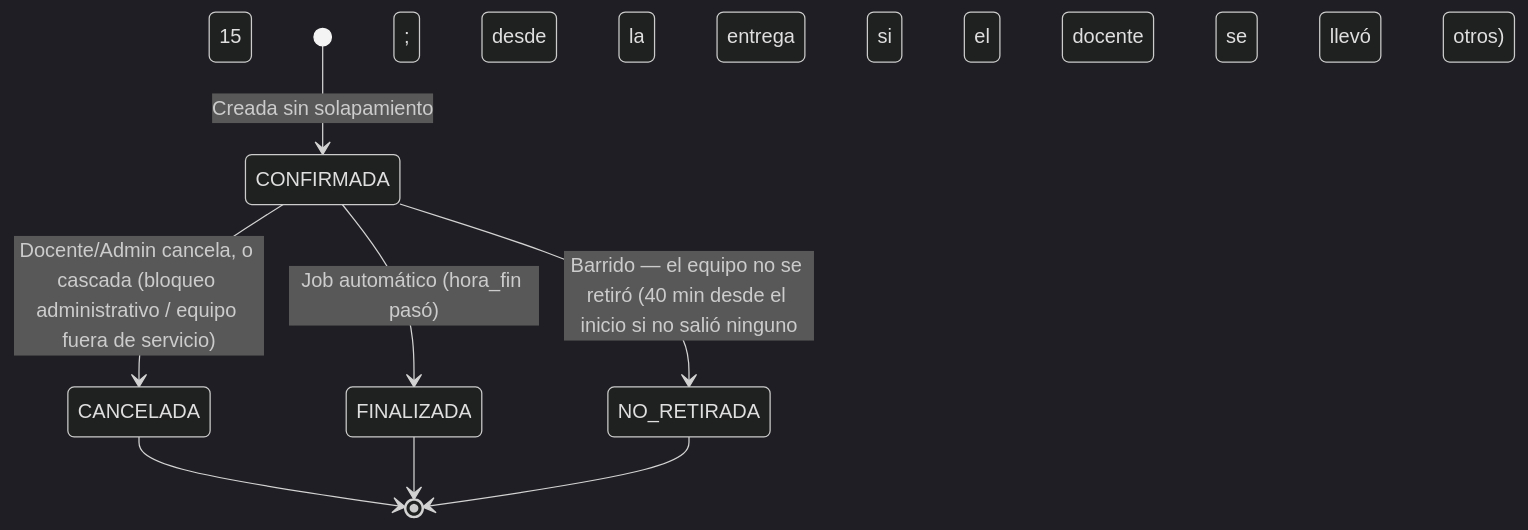
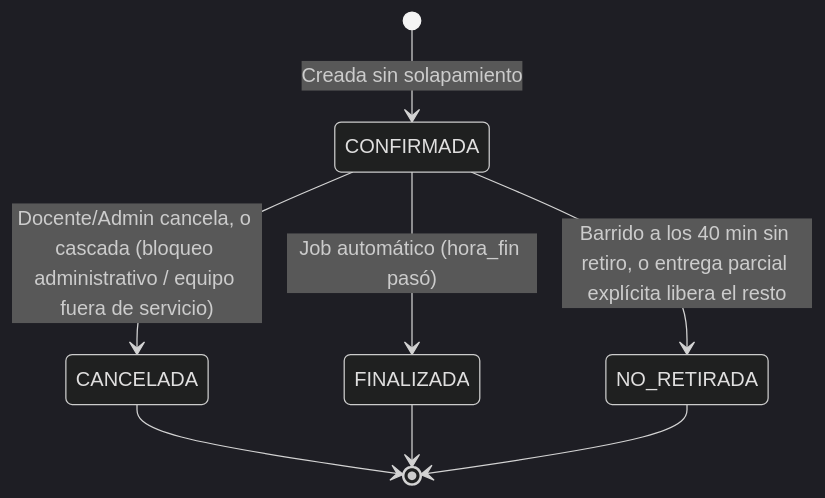
Before and after one commit to agustin-y2k/sgrc: the second of 5 diagrams in docs/05-diagramas-estado.md, drawn with Mermaid (dark theme). The commit also changed other lines of this file and 14 other files, not shown here.

````diff
--- a/docs/05-diagramas-estado.md
+++ b/docs/05-diagramas-estado.md
@@ -41,10 +41,10 @@
 ```mermaid
 stateDiagram-v2
     [*] --> CONFIRMADA: Creada sin solapamiento
     CONFIRMADA --> CANCELADA: Docente/Admin cancela, o cascada (bloqueo administrativo / equipo fuera de servicio)
     CONFIRMADA --> FINALIZADA: Job automático (hora_fin pasó)
-    CONFIRMADA --> NO_RETIRADA: Barrido — el equipo no se retiró (40 min desde el inicio si no salió ninguno; 15 desde la entrega si el docente se llevó otros)
+    CONFIRMADA --> NO_RETIRADA: Barrido a los 40 min sin retiro, o entrega parcial explícita libera el resto
     CANCELADA --> [*]
     FINALIZADA --> [*]
     NO_RETIRADA --> [*]
 ```
````
